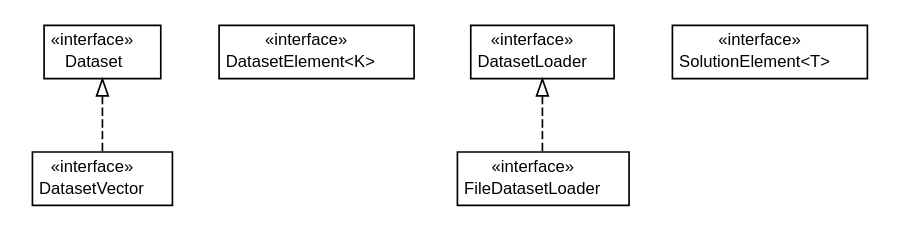
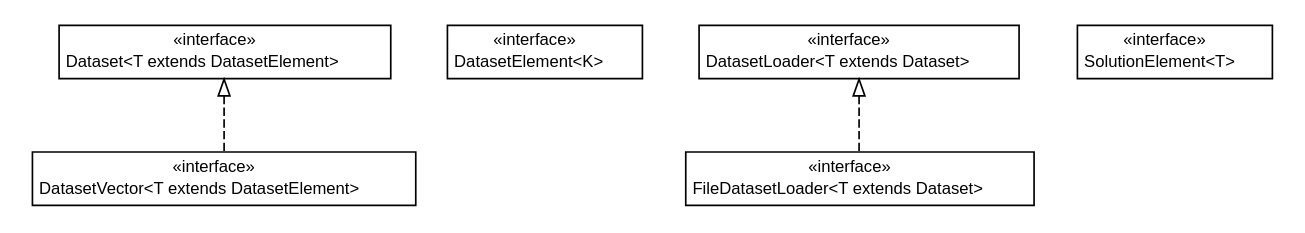
Before and after one commit to UnicaLabs-CS/Foresee: the diagram in docs/it/unica/foresee/datasets/interfaces/it.unica.foresee.datasets.interfaces.dot, drawn with Graphviz. The commit also changed 168 other files, not shown here.

Commit message:
Completed support for generic datasets and for Movielens dataset and loader

```diff
--- a/docs/it/unica/foresee/datasets/interfaces/it.unica.foresee.datasets.interfaces.dot
+++ b/docs/it/unica/foresee/datasets/interfaces/it.unica.foresee.datasets.interfaces.dot
@@ -1,58 +1,58 @@
 #!/usr/local/bin/dot
 #
 # Class diagram 
 # Generated by UMLGraph version 5.2 (http://www.umlgraph.org/)
 #
 
 digraph G {
 	edge [fontname="Helvetica",fontsize=10,labelfontname="Helvetica",labelfontsize=10];
 	node [fontname="Helvetica",fontsize=10,shape=plaintext];
 	nodesep=0.25;
 	ranksep=0.5;
-	// it.unica.foresee.datasets.interfaces.DatasetVector
-	c38 [label=<<table title="it.unica.foresee.datasets.interfaces.DatasetVector" border="0" cellborder="1" cellspacing="0" cellpadding="2" port="p" href="./DatasetVector.html">
+	// it.unica.foresee.datasets.interfaces.DatasetVector<T extends it.unica.foresee.datasets.interfaces.DatasetElement>
+	c39 [label=<<table title="it.unica.foresee.datasets.interfaces.DatasetVector" border="0" cellborder="1" cellspacing="0" cellpadding="2" port="p" href="./DatasetVector.html">
 		<tr><td><table border="0" cellspacing="0" cellpadding="1">
 <tr><td align="center" balign="center"> &#171;interface&#187; </td></tr>
-<tr><td align="center" balign="center"> DatasetVector </td></tr>
+<tr><td align="center" balign="center"> DatasetVector&lt;T extends DatasetElement&gt; </td></tr>
 		</table></td></tr>
 		</table>>, fontname="Helvetica", fontcolor="black", fontsize=10.0];
 	// it.unica.foresee.datasets.interfaces.DatasetElement<K>
-	c39 [label=<<table title="it.unica.foresee.datasets.interfaces.DatasetElement" border="0" cellborder="1" cellspacing="0" cellpadding="2" port="p" href="./DatasetElement.html">
+	c40 [label=<<table title="it.unica.foresee.datasets.interfaces.DatasetElement" border="0" cellborder="1" cellspacing="0" cellpadding="2" port="p" href="./DatasetElement.html">
 		<tr><td><table border="0" cellspacing="0" cellpadding="1">
 <tr><td align="center" balign="center"> &#171;interface&#187; </td></tr>
 <tr><td align="center" balign="center"> DatasetElement&lt;K&gt; </td></tr>
 		</table></td></tr>
 		</table>>, fontname="Helvetica", fontcolor="black", fontsize=10.0];
-	// it.unica.foresee.datasets.interfaces.FileDatasetLoader
-	c40 [label=<<table title="it.unica.foresee.datasets.interfaces.FileDatasetLoader" border="0" cellborder="1" cellspacing="0" cellpadding="2" port="p" href="./FileDatasetLoader.html">
+	// it.unica.foresee.datasets.interfaces.FileDatasetLoader<T extends it.unica.foresee.datasets.interfaces.Dataset>
+	c41 [label=<<table title="it.unica.foresee.datasets.interfaces.FileDatasetLoader" border="0" cellborder="1" cellspacing="0" cellpadding="2" port="p" href="./FileDatasetLoader.html">
 		<tr><td><table border="0" cellspacing="0" cellpadding="1">
 <tr><td align="center" balign="center"> &#171;interface&#187; </td></tr>
-<tr><td align="center" balign="center"> FileDatasetLoader </td></tr>
+<tr><td align="center" balign="center"> FileDatasetLoader&lt;T extends Dataset&gt; </td></tr>
 		</table></td></tr>
 		</table>>, fontname="Helvetica", fontcolor="black", fontsize=10.0];
 	// it.unica.foresee.datasets.interfaces.SolutionElement<T>
-	c41 [label=<<table title="it.unica.foresee.datasets.interfaces.SolutionElement" border="0" cellborder="1" cellspacing="0" cellpadding="2" port="p" href="./SolutionElement.html">
+	c42 [label=<<table title="it.unica.foresee.datasets.interfaces.SolutionElement" border="0" cellborder="1" cellspacing="0" cellpadding="2" port="p" href="./SolutionElement.html">
 		<tr><td><table border="0" cellspacing="0" cellpadding="1">
 <tr><td align="center" balign="center"> &#171;interface&#187; </td></tr>
 <tr><td align="center" balign="center"> SolutionElement&lt;T&gt; </td></tr>
 		</table></td></tr>
 		</table>>, fontname="Helvetica", fontcolor="black", fontsize=10.0];
-	// it.unica.foresee.datasets.interfaces.Dataset
-	c42 [label=<<table title="it.unica.foresee.datasets.interfaces.Dataset" border="0" cellborder="1" cellspacing="0" cellpadding="2" port="p" href="./Dataset.html">
+	// it.unica.foresee.datasets.interfaces.Dataset<T extends it.unica.foresee.datasets.interfaces.DatasetElement>
+	c43 [label=<<table title="it.unica.foresee.datasets.interfaces.Dataset" border="0" cellborder="1" cellspacing="0" cellpadding="2" port="p" href="./Dataset.html">
 		<tr><td><table border="0" cellspacing="0" cellpadding="1">
 <tr><td align="center" balign="center"> &#171;interface&#187; </td></tr>
-<tr><td align="center" balign="center"> Dataset </td></tr>
+<tr><td align="center" balign="center"> Dataset&lt;T extends DatasetElement&gt; </td></tr>
 		</table></td></tr>
 		</table>>, fontname="Helvetica", fontcolor="black", fontsize=10.0];
-	// it.unica.foresee.datasets.interfaces.DatasetLoader
-	c43 [label=<<table title="it.unica.foresee.datasets.interfaces.DatasetLoader" border="0" cellborder="1" cellspacing="0" cellpadding="2" port="p" href="./DatasetLoader.html">
+	// it.unica.foresee.datasets.interfaces.DatasetLoader<T extends it.unica.foresee.datasets.interfaces.Dataset>
+	c44 [label=<<table title="it.unica.foresee.datasets.interfaces.DatasetLoader" border="0" cellborder="1" cellspacing="0" cellpadding="2" port="p" href="./DatasetLoader.html">
 		<tr><td><table border="0" cellspacing="0" cellpadding="1">
 <tr><td align="center" balign="center"> &#171;interface&#187; </td></tr>
-<tr><td align="center" balign="center"> DatasetLoader </td></tr>
+<tr><td align="center" balign="center"> DatasetLoader&lt;T extends Dataset&gt; </td></tr>
 		</table></td></tr>
 		</table>>, fontname="Helvetica", fontcolor="black", fontsize=10.0];
-	//it.unica.foresee.datasets.interfaces.DatasetVector implements it.unica.foresee.datasets.interfaces.Dataset
-	c42:p -> c38:p [dir=back,arrowtail=empty,style=dashed];
-	//it.unica.foresee.datasets.interfaces.FileDatasetLoader implements it.unica.foresee.datasets.interfaces.DatasetLoader
-	c43:p -> c40:p [dir=back,arrowtail=empty,style=dashed];
+	//it.unica.foresee.datasets.interfaces.DatasetVector<T extends it.unica.foresee.datasets.interfaces.DatasetElement> implements it.unica.foresee.datasets.interfaces.Dataset<T extends it.unica.foresee.datasets.interfaces.DatasetElement>
+	c43:p -> c39:p [dir=back,arrowtail=empty,style=dashed];
+	//it.unica.foresee.datasets.interfaces.FileDatasetLoader<T extends it.unica.foresee.datasets.interfaces.Dataset> implements it.unica.foresee.datasets.interfaces.DatasetLoader<T extends it.unica.foresee.datasets.interfaces.Dataset>
+	c44:p -> c41:p [dir=back,arrowtail=empty,style=dashed];
 }
```
